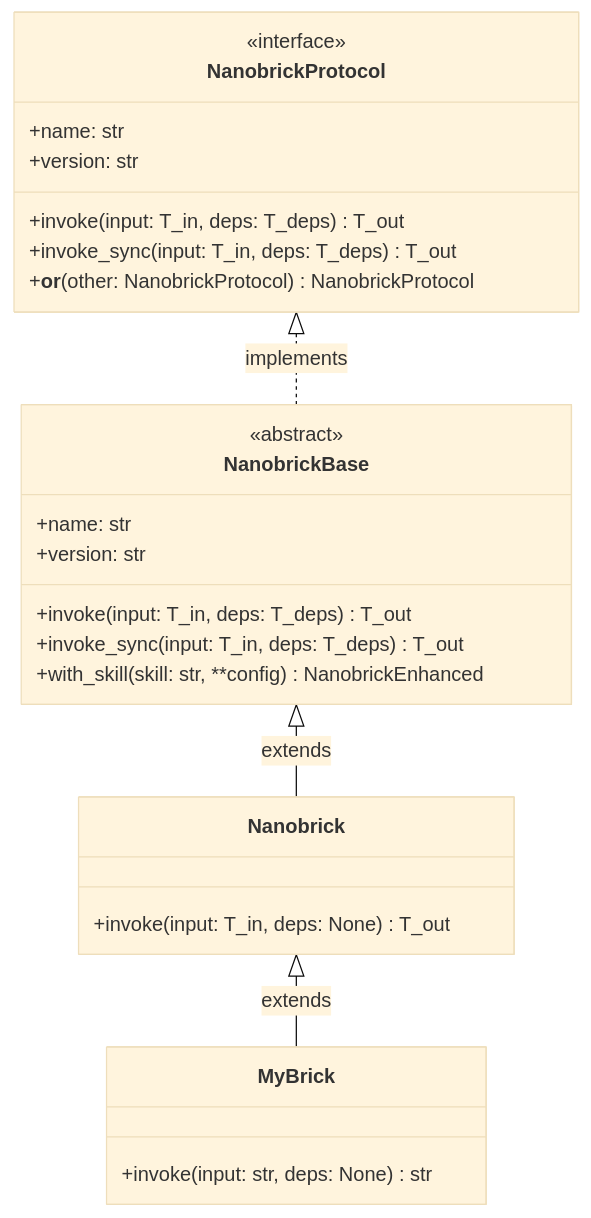
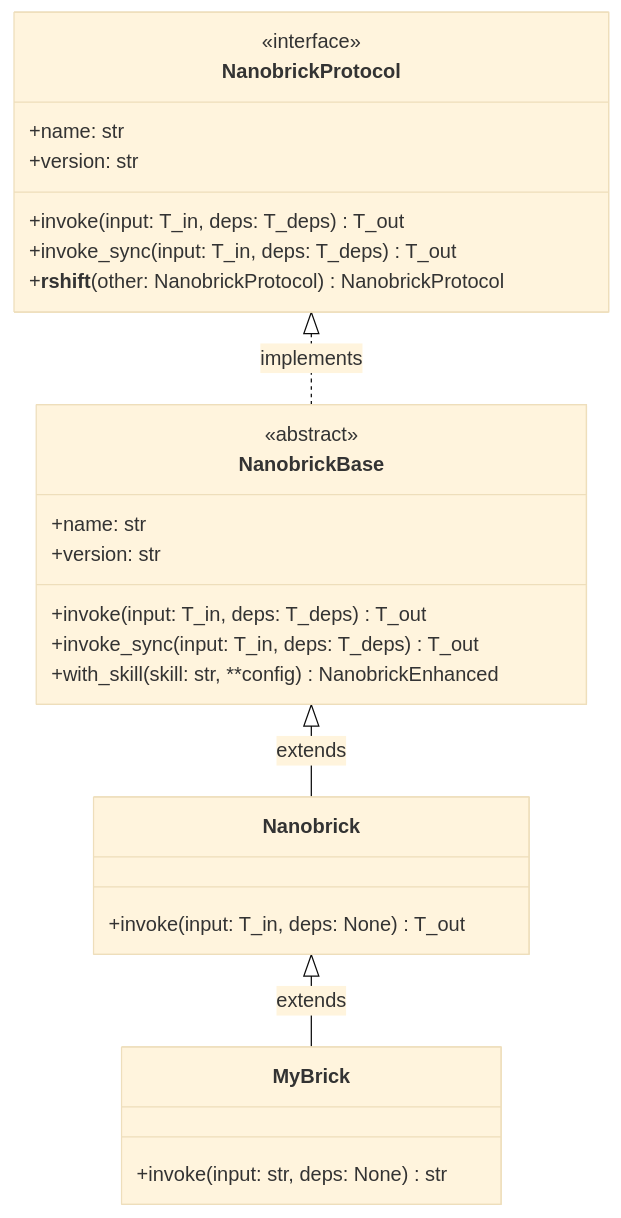
The first of 20 diagrams in docs/quarto/architecture-diagrams.qmd (jankowtf/nano-1), drawn with Mermaid (base theme) before and after one commit. The commit also changed other lines of this file and 73 other files, not shown here.

````diff
--- a/docs/quarto/architecture-diagrams.qmd
+++ b/docs/quarto/architecture-diagrams.qmd
@@ -18,32 +18,32 @@
 ```{mermaid}
 classDiagram
     class NanobrickProtocol {
         <<interface>>
         +name: str
         +version: str
         +invoke(input: T_in, deps: T_deps) T_out
         +invoke_sync(input: T_in, deps: T_deps) T_out
-        +__or__(other: NanobrickProtocol) NanobrickProtocol
+        +__rshift__(other: NanobrickProtocol) NanobrickProtocol
     }
     
     class NanobrickBase {
         <<abstract>>
         +name: str
         +version: str
         +invoke(input: T_in, deps: T_deps) T_out
         +invoke_sync(input: T_in, deps: T_deps) T_out
         +with_skill(skill: str, **config) NanobrickEnhanced
     }
     
     class Nanobrick {
         +invoke(input: T_in, deps: None) T_out
     }
     
     class MyBrick {
         +invoke(input: str, deps: None) str
     }
     
     NanobrickProtocol <|.. NanobrickBase : implements
     NanobrickBase <|-- Nanobrick : extends
     Nanobrick <|-- MyBrick : extends
 ```
````
